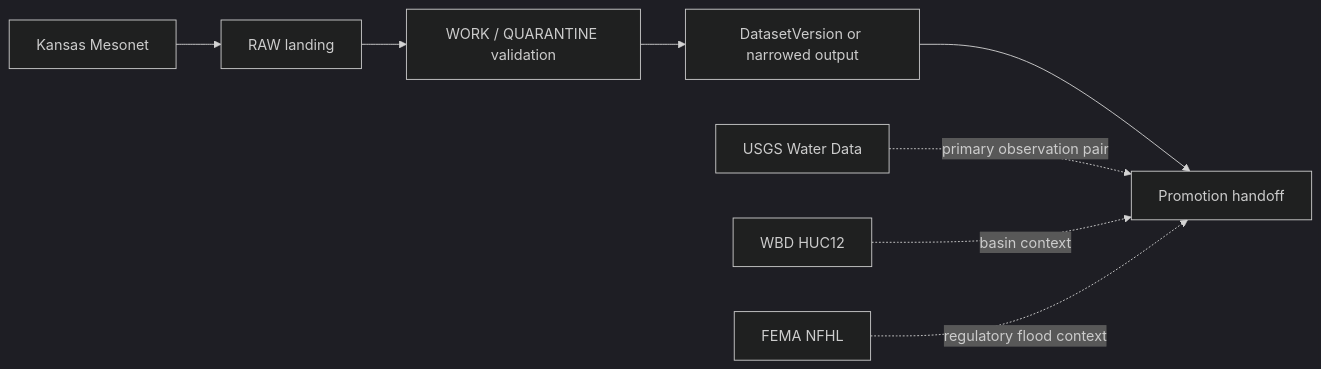
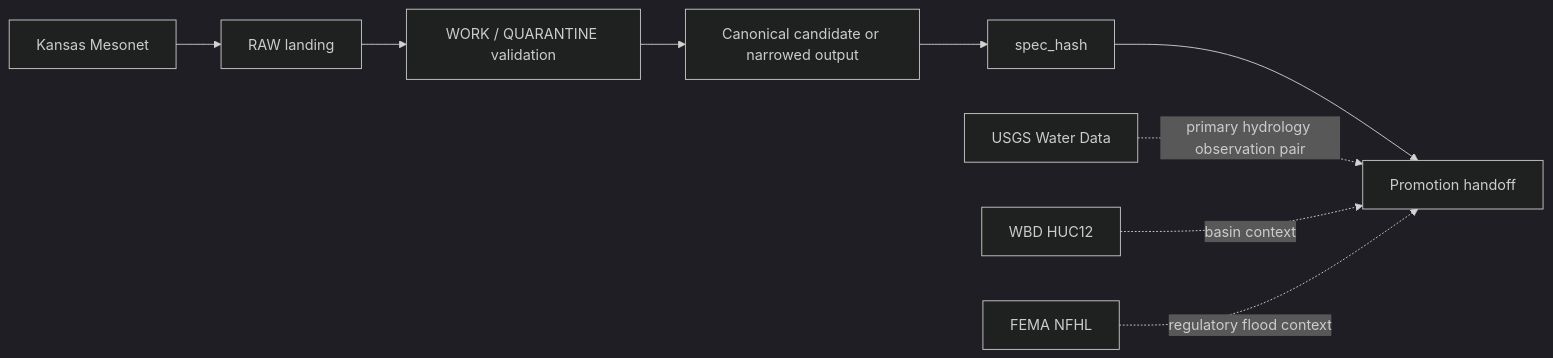
One commit to bartytime4life/Kansas-Frontier-Matrix changed the diagram in contracts/source/kansas_mesonet_source_descriptor.md. Above: the diagram before and after it, drawn with Mermaid (dark theme). The commit also changed other lines of this file, not shown here.

````diff
--- a/contracts/source/kansas_mesonet_source_descriptor.md
+++ b/contracts/source/kansas_mesonet_source_descriptor.md
@@ -52,10 +75,11 @@
 ```mermaid
 flowchart LR
   M[Kansas Mesonet] --> R[RAW landing]
   R --> V[WORK / QUARANTINE validation]
-  V --> D[DatasetVersion or narrowed output]
-  D --> H[Promotion handoff]
-  U[USGS Water Data] -. primary observation pair .-> H
+  V --> D[Canonical candidate or narrowed output]
+  D --> S[spec_hash]
+  S --> H[Promotion handoff]
+  U[USGS Water Data] -. primary hydrology observation pair .-> H
   W[WBD HUC12] -. basin context .-> H
   F[FEMA NFHL] -. regulatory flood context .-> H
 ```
````
